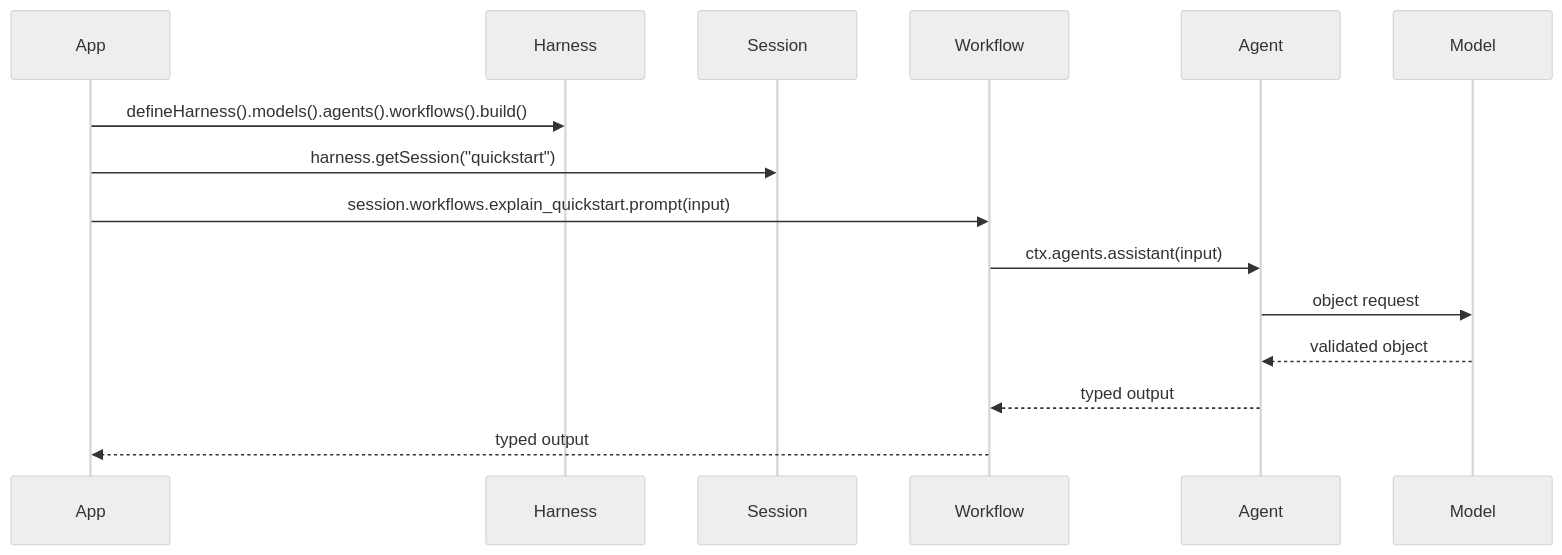
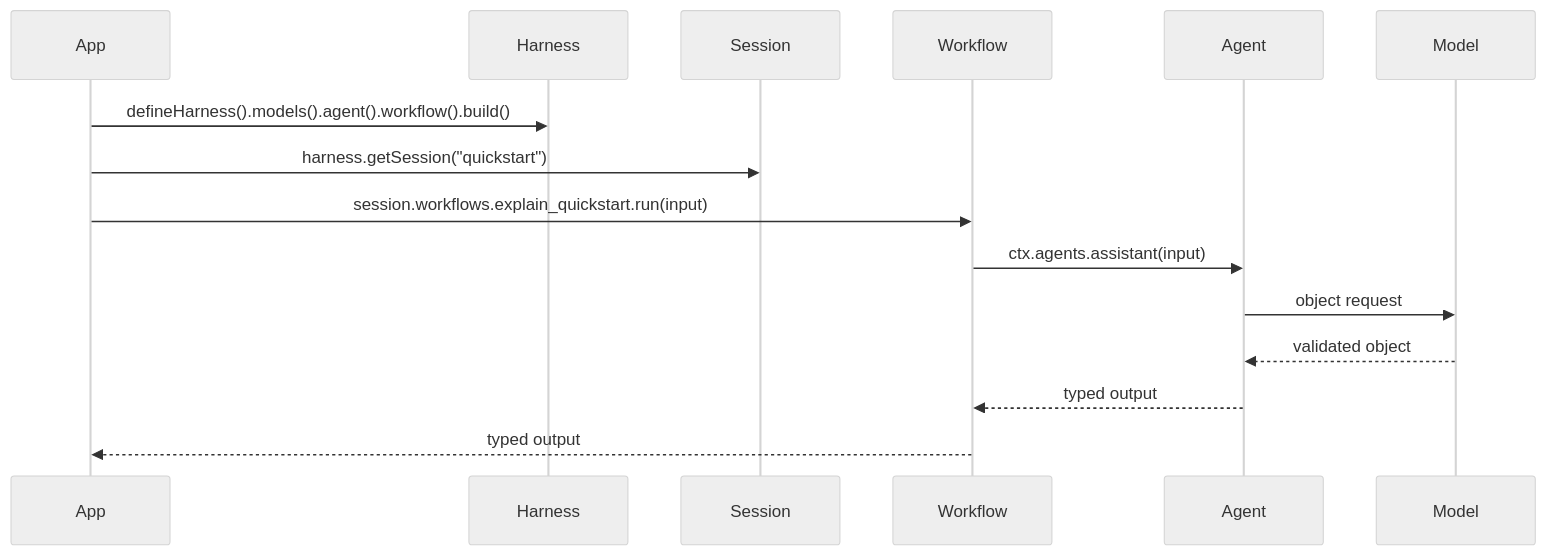
The diagram in docs/getting-started/quickstart.md (puristajs/harness), drawn with Mermaid (neutral theme) before and after one commit. The commit also changed other lines of this file and 339 other files, not shown here.

````diff
--- a/docs/getting-started/quickstart.md
+++ b/docs/getting-started/quickstart.md
@@ -65,18 +65,18 @@
 ```mermaid
 sequenceDiagram
   participant App
   participant Harness
   participant Session
   participant Workflow
   participant Agent
   participant Model
 
-  App->>Harness: defineHarness().models().agents().workflows().build()
+  App->>Harness: defineHarness().models().agent().workflow().build()
   App->>Session: harness.getSession("quickstart")
-  App->>Workflow: session.workflows.explain_quickstart.prompt(input)
+  App->>Workflow: session.workflows.explain_quickstart.run(input)
   Workflow->>Agent: ctx.agents.assistant(input)
   Agent->>Model: object request
   Model-->>Agent: validated object
   Agent-->>Workflow: typed output
   Workflow-->>App: typed output
 ```
````
